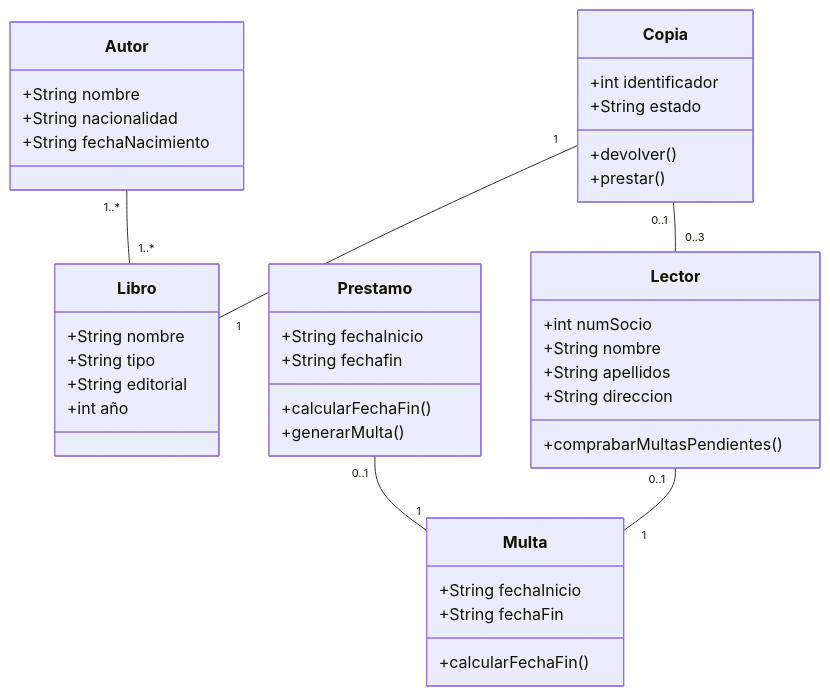
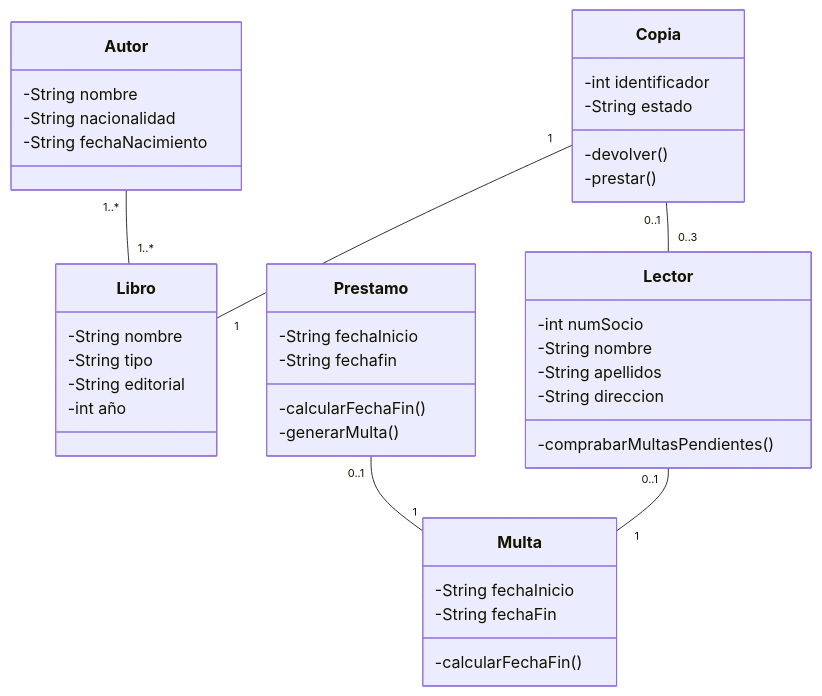
Before and after one commit to jorgefeijoo/CD-2025-mio-back-up: the diagram in ud3/libreria/libreria.md, drawn with Mermaid. The commit also changed 12 other files, not shown here.

````diff
--- a/ud3/libreria/libreria.md
+++ b/ud3/libreria/libreria.md
@@ -1,56 +1,56 @@
 ```mermaid
 classDiagram
   
 
     class Autor{
-    +String nombre
-    +String nacionalidad
-    +String fechaNacimiento
+    -String nombre
+    -String nacionalidad
+    -String fechaNacimiento
     }
 
     class Libro{
-    +String nombre
-    +String tipo
-    +String editorial
-    +int año
+    -String nombre
+    -String tipo
+    -String editorial
+    -int año
     }
     
     
     class Lector{
-    +int numSocio
-    +String nombre
-    +String apellidos
-    +String direccion
-    +comprabarMultasPendientes()
+    -int numSocio
+    -String nombre
+    -String apellidos
+    -String direccion
+    -comprabarMultasPendientes()
     }
     
 
 
     class Prestamo{
-    +String fechaInicio
-    +String fechafin
-    +calcularFechaFin()
-    +generarMulta()
+    -String fechaInicio
+    -String fechafin
+    -calcularFechaFin()
+    -generarMulta()
     }
 
     class Multa{
-    +String fechaInicio
-    +String fechaFin
-    +calcularFechaFin()
+    -String fechaInicio
+    -String fechaFin
+    -calcularFechaFin()
 
     }
 
     class Copia{
-    +int identificador
-    +String estado
-    +devolver()
-    +prestar()
+    -int identificador
+    -String estado
+    -devolver()
+    -prestar()
     }
 
 
     Copia "0..1" --"0..3" Lector 
     Prestamo "0..1"--"1" Multa
     Lector "0..1" -- "1" Multa
     Autor "1..*"-- "1..*" Libro 
     Copia "1"--"1 " Libro
 ```
````
